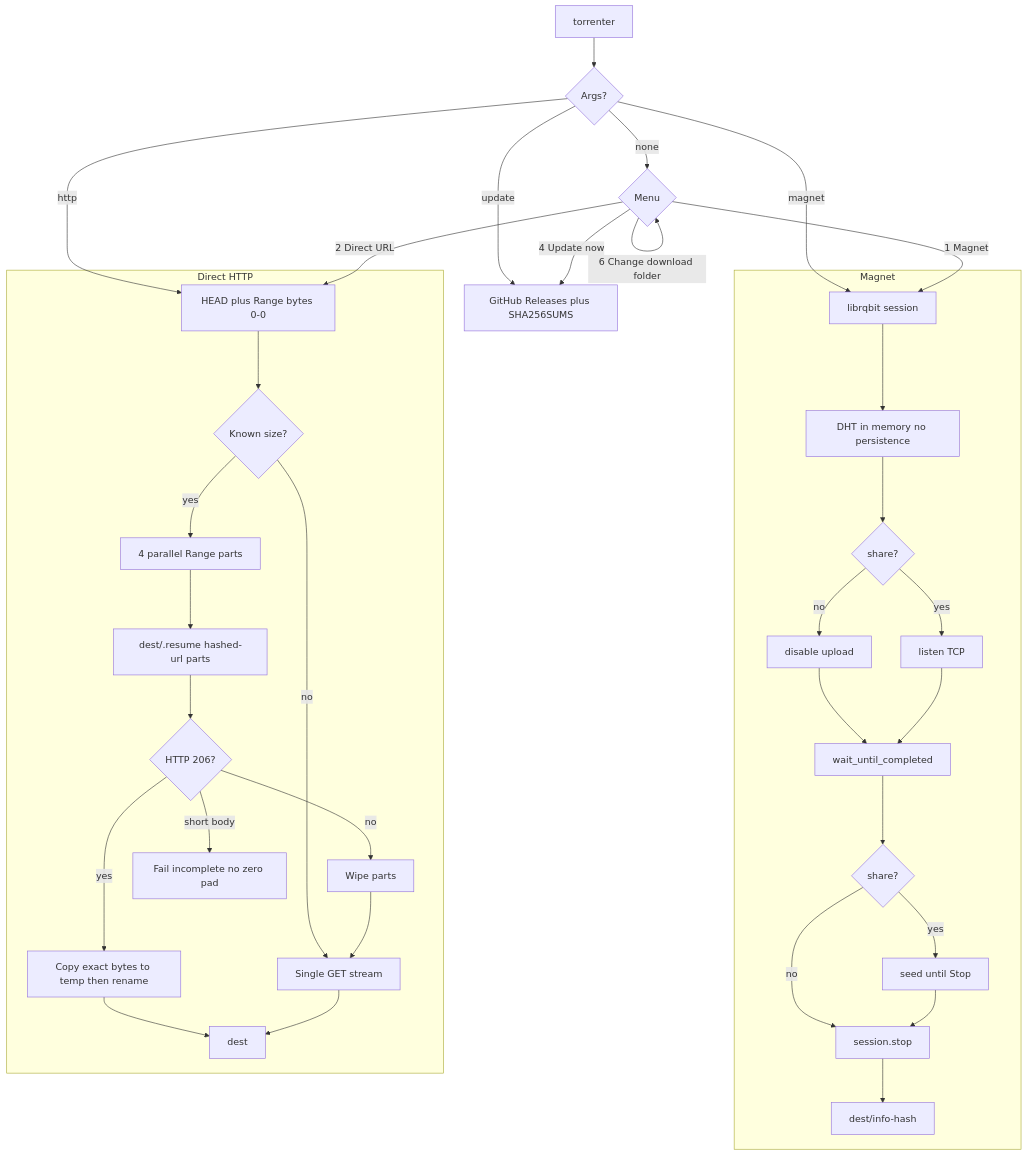
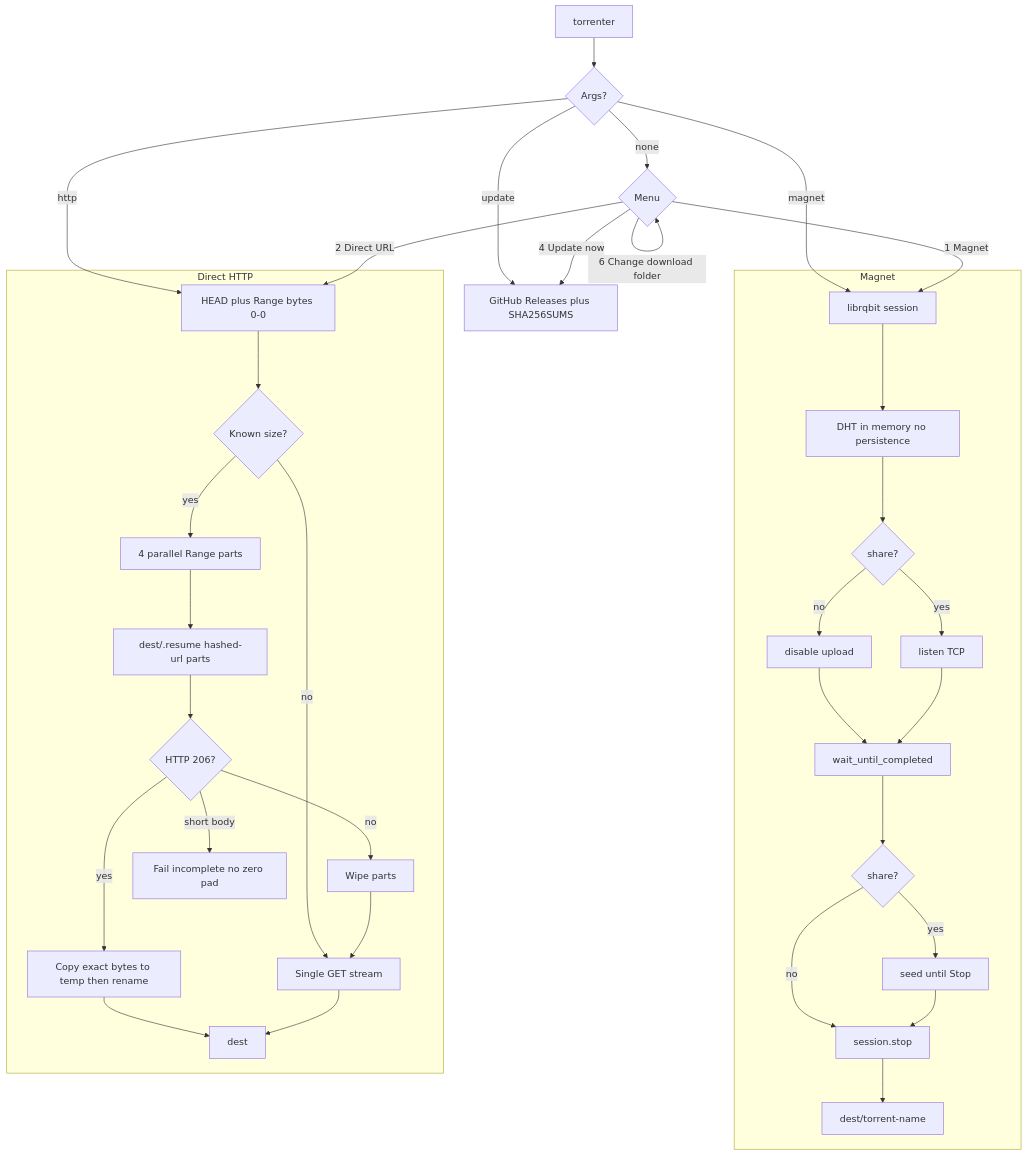
The diagram in README.md (danted4/torrenter), drawn with Mermaid before and after one commit. The commit also changed other lines of this file and 4 other files, not shown here.

First line of the commit message:
Name magnet folders from the torrent title, with a hash fallback.

````diff
--- a/README.md
+++ b/README.md
@@ -127,47 +127,47 @@
 ```mermaid
 flowchart TD
   start[torrenter] --> entry{Args?}
   entry -->|none| menu{Menu}
   entry -->|magnet| torrent
   entry -->|http| httpStart
   entry -->|update| updater
   menu -->|1 Magnet| torrent
   menu -->|2 Direct URL| httpStart
   menu -->|3 Toggle auto-update| menu
   menu -->|4 Update now| updater
   menu -->|5 Toggle seed| menu
   menu -->|6 Change download folder| menu
 
   subgraph magnetFlow [Magnet]
     torrent[librqbit session]
     torrent --> dht[DHT in memory no persistence]
     dht --> upload{share?}
     upload -->|no| leech[disable upload]
     upload -->|yes| listen[listen TCP]
     leech --> waitComplete[wait_until_completed]
     listen --> waitComplete
     waitComplete --> after{share?}
     after -->|no| stopSession[session.stop]
     after -->|yes| seedUntilStop[seed until Stop]
     seedUntilStop --> stopSession
     stopSession --> magnetDir
   end
 
   subgraph httpFlow [Direct HTTP]
     httpStart[HEAD plus Range bytes 0-0]
     httpStart --> sized{Known size?}
     sized -->|no| single[Single GET stream]
     sized -->|yes| parts[4 parallel Range parts]
     parts --> resumeDir["dest/.resume hashed-url parts"]
     resumeDir --> honor{"HTTP 206?"}
     honor -->|no| wipe[Wipe parts] --> single
     honor -->|short body| fail[Fail incomplete no zero pad]
     honor -->|yes| merge[Copy exact bytes to temp then rename]
     merge --> httpDir
     single --> httpDir
   end
 
-  magnetDir["dest/info-hash"]
+  magnetDir["dest/torrent-name"]
   httpDir["dest"]
   updater[GitHub Releases plus SHA256SUMS]
 ```
````
